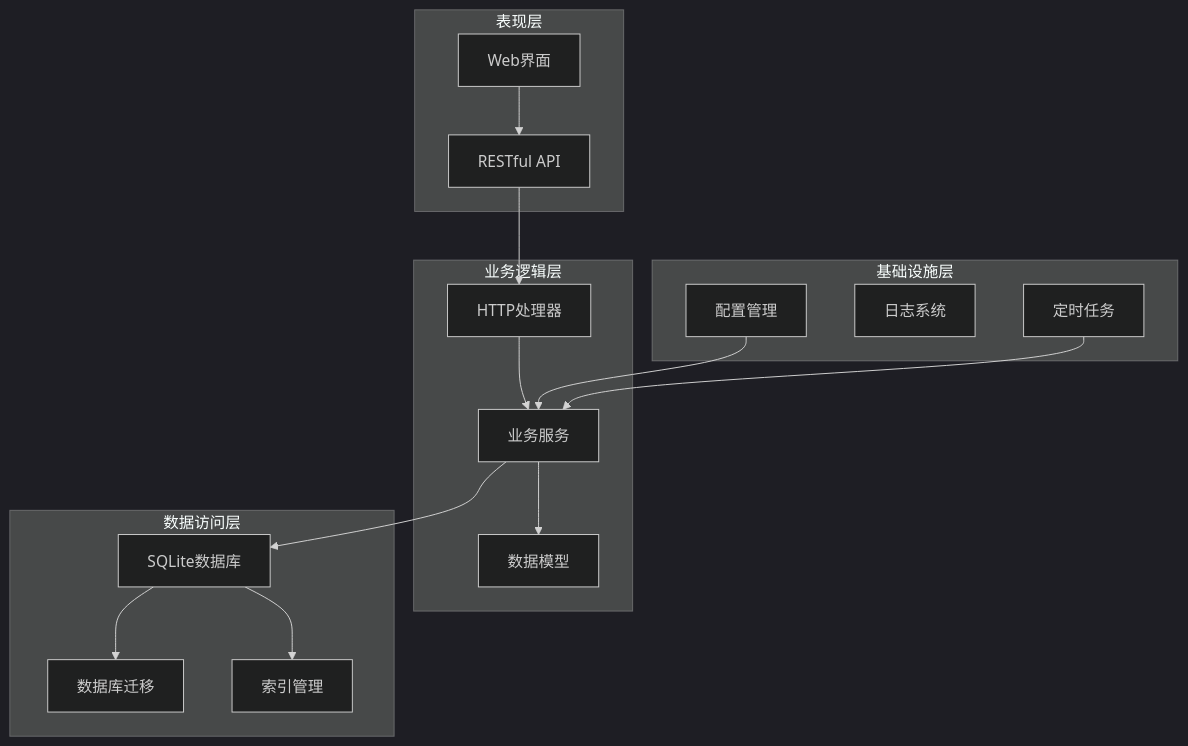
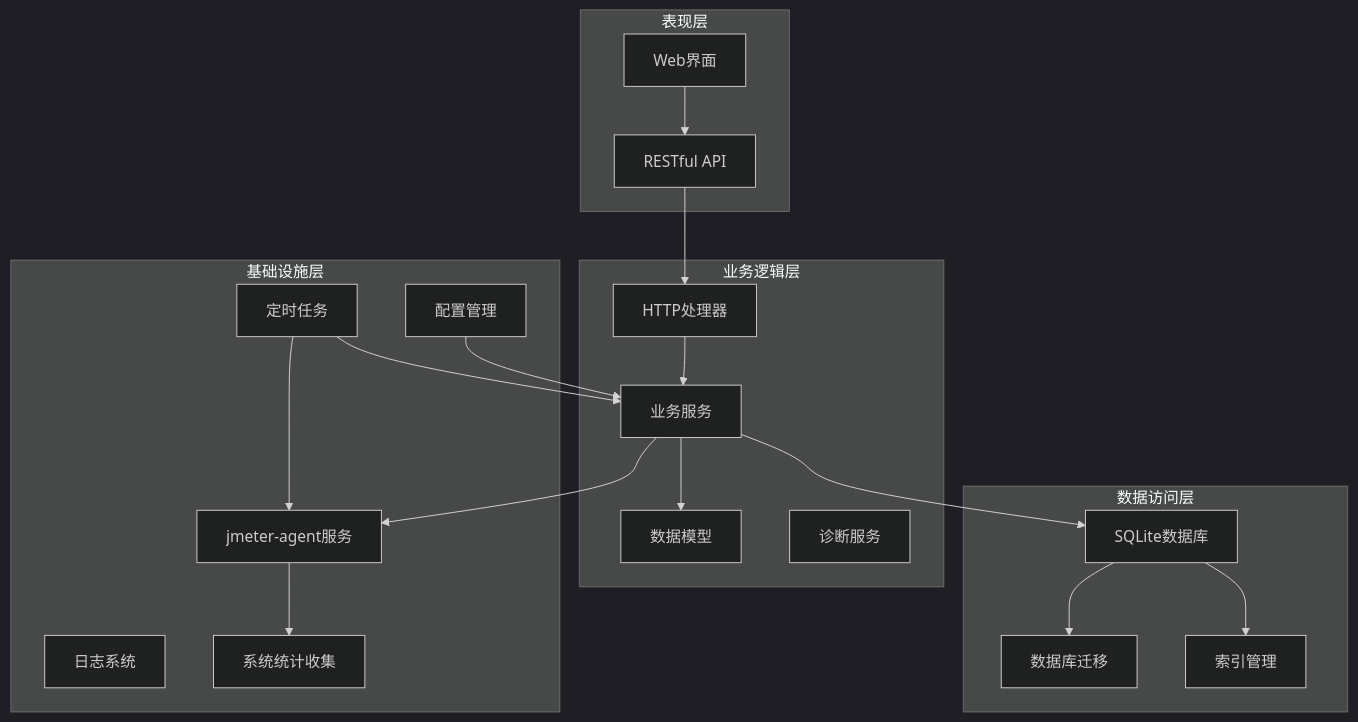
The third of 15 diagrams in .qoder/repowiki/zh/content/核心业务模块/Slave节点管理系统/Slave节点管理系统.md (Liyuhao02/Jmeter-Admin), drawn with Mermaid (dark theme) before and after one commit. The commit also changed other lines of this file and 13 other files, not shown here.

````diff
--- a/.qoder/repowiki/zh/content/核心业务模块/Slave节点管理系统/Slave节点管理系统.md
+++ b/.qoder/repowiki/zh/content/核心业务模块/Slave节点管理系统/Slave节点管理系统.md
@@ -159,31 +198,37 @@
 ```mermaid
 graph TB
 subgraph "表现层"
 UI[Web界面]
 API[RESTful API]
 end
 subgraph "业务逻辑层"
 Handler[HTTP处理器]
 Service[业务服务]
 Model[数据模型]
+Diagnostic[诊断服务]
 end
 subgraph "数据访问层"
 DB[SQLite数据库]
 Migration[数据库迁移]
 Index[索引管理]
 end
 subgraph "基础设施层"
 Config[配置管理]
 Logger[日志系统]
 Timer[定时任务]
+Agent[jmeter-agent服务]
+StatsCollector[系统统计收集]
 end
 UI --> API
 API --> Handler
 Handler --> Service
 Service --> Model
 Service --> DB
+Service --> Agent
+Agent --> StatsCollector
 DB --> Migration
 DB --> Index
 Config --> Service
 Timer --> Service
+Timer --> Agent
 ```
````
